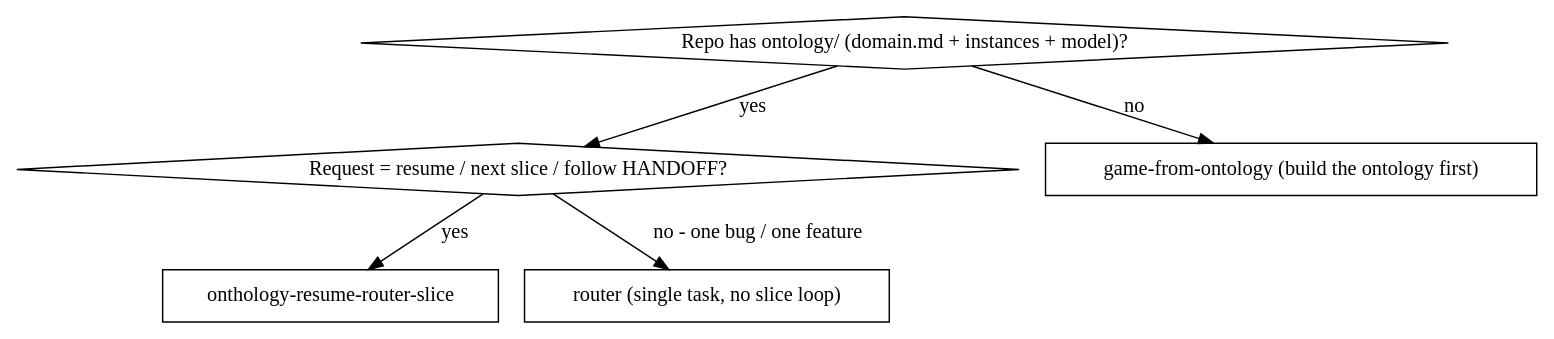
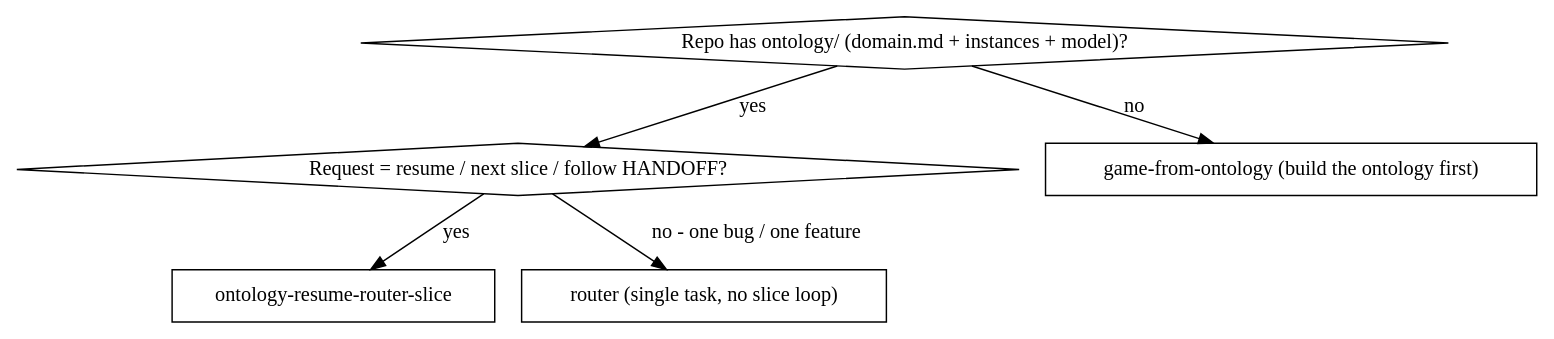
Before and after one commit to M4jor-Tom/pi-game-dev: the first of 2 diagrams in skills/ontology-resume-router-slice/SKILL.md, drawn with Graphviz. The commit also changed 2 other files, not shown here.

Commit message:
fix: correct README wording, onthology typo, and ADR 0003 router gap
README's per-profile paragraph named itself instead of the sibling
pi-power-dev profile. The ontology-resume-router-slice skill's dot
diagram still used the pre-rename onthology- misspelling even though
its frontmatter name was already fixed. ADR 0003 omitted that the
router lives outside skills/ and needs an explicit filter entry,
which could tempt a future pin bump into dropping the dispatcher.

Claude-Session: https://claude.ai/code/session_012znRL29qt1VRyYfWMownQT

````diff
--- a/skills/ontology-resume-router-slice/SKILL.md
+++ b/skills/ontology-resume-router-slice/SKILL.md
@@ -25,13 +25,13 @@
 ```dot
 digraph when {
     "Repo has ontology/ (domain.md + instances + model)?" [shape=diamond];
     "Request = resume / next slice / follow HANDOFF?" [shape=diamond];
-    "onthology-resume-router-slice" [shape=box];
+    "ontology-resume-router-slice" [shape=box];
     "game-from-ontology (build the ontology first)" [shape=box];
     "router (single task, no slice loop)" [shape=box];
     "Repo has ontology/ (domain.md + instances + model)?" -> "Request = resume / next slice / follow HANDOFF?" [label="yes"];
     "Repo has ontology/ (domain.md + instances + model)?" -> "game-from-ontology (build the ontology first)" [label="no"];
-    "Request = resume / next slice / follow HANDOFF?" -> "onthology-resume-router-slice" [label="yes"];
+    "Request = resume / next slice / follow HANDOFF?" -> "ontology-resume-router-slice" [label="yes"];
     "Request = resume / next slice / follow HANDOFF?" -> "router (single task, no slice loop)" [label="no - one bug / one feature"];
 }
 ```
````
